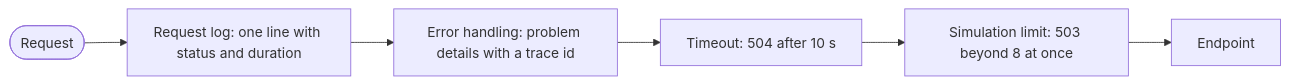
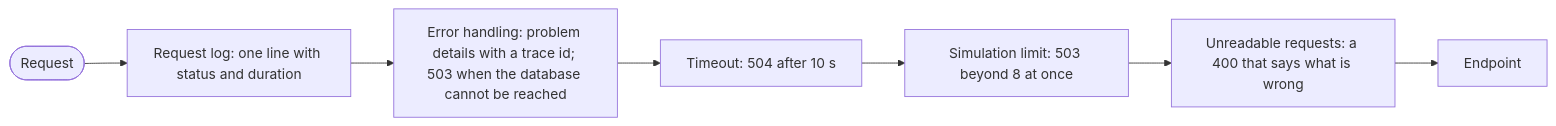
One commit to kbrahmakshatriya/game-of-life changed the fourth of 6 diagrams in README.md. Above: the diagram before and after it, drawn with Mermaid. The commit also changed other lines of this file and 4 other files, not shown here.

````diff
--- a/README.md
+++ b/README.md
@@ -245,8 +245,9 @@
 ```mermaid
 flowchart LR
     request(["Request"]) --> log["Request log: one line with status and duration"]
-    log --> errors["Error handling: problem details with a trace id"]
+    log --> errors["Error handling: problem details with a trace id; 503 when the database cannot be reached"]
     errors --> timeout["Timeout: 504 after 10 s"]
     timeout --> limit["Simulation limit: 503 beyond 8 at once"]
-    limit --> endpoint["Endpoint"]
+    limit --> unreadable["Unreadable requests: a 400 that says what is wrong"]
+    unreadable --> endpoint["Endpoint"]
 ```
````
